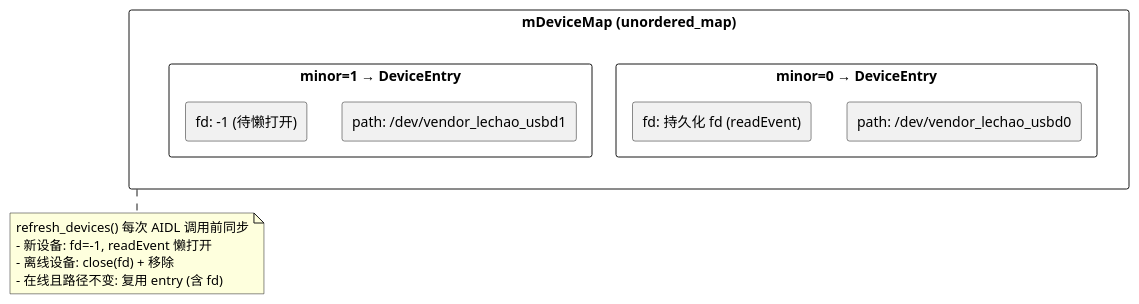
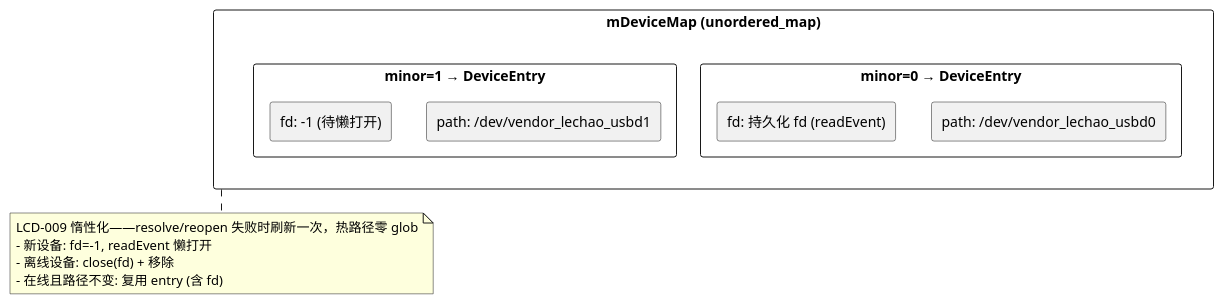
The sixth of 13 diagrams in docs/02-IO增强/02.02-HAL增强-lciod-hal.md (lechao365/AndroidSystemEnhance), drawn with PlantUML before and after one commit. The commit also changed other lines of this file and 184 other files, not shown here.

````diff
--- a/docs/02-IO增强/02.02-HAL增强-lciod-hal.md
+++ b/docs/02-IO增强/02.02-HAL增强-lciod-hal.md
@@ -275,15 +276,15 @@
 ```plantuml
 @startuml
 rectangle "mDeviceMap (unordered_map)" as MAP {
     rectangle "minor=0 → DeviceEntry" as E0 {
         rectangle "path: /dev/vendor_lechao_usbd0" as P0
         rectangle "fd: 持久化 fd (readEvent)" as F0
     }
     rectangle "minor=1 → DeviceEntry" as E1 {
         rectangle "path: /dev/vendor_lechao_usbd1" as P1
         rectangle "fd: -1 (待懒打开)" as F1
     }
 }
-note bottom of MAP: refresh_devices() 每次 AIDL 调用前同步\n- 新设备: fd=-1, readEvent 懒打开\n- 离线设备: close(fd) + 移除\n- 在线且路径不变: 复用 entry (含 fd)
+note bottom of MAP: LCD-009 惰性化——resolve/reopen 失败时刷新一次，热路径零 glob\n- 新设备: fd=-1, readEvent 懒打开\n- 离线设备: close(fd) + 移除\n- 在线且路径不变: 复用 entry (含 fd)
 @enduml
 ```
````
